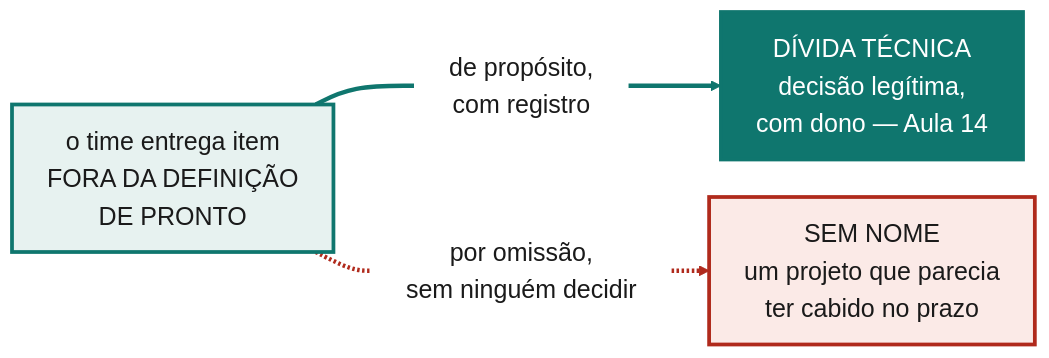
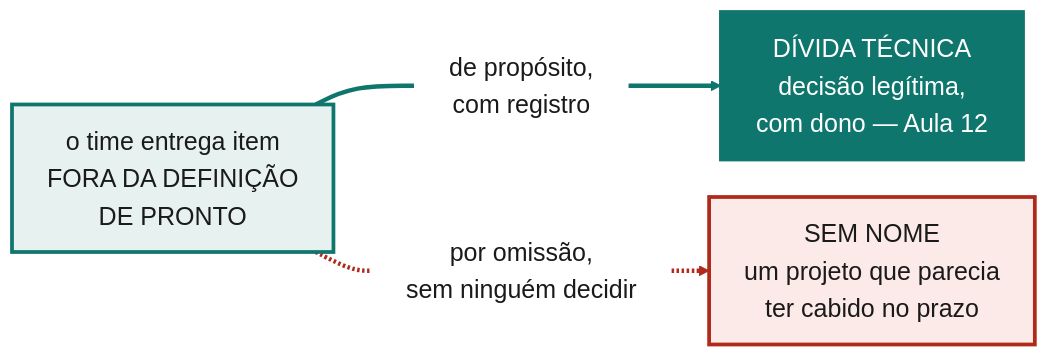
Before and after one commit to jreluiz/curso-projeto-software: the diagram in bloco-2-metodologias-de-gestao/aula-07-quem-responde-pelo-que/apresentacao/img/divida-ou-omissao.mmd, drawn with Mermaid. The commit also changed 105 other files, not shown here.

```diff
--- a/bloco-2-metodologias-de-gestao/aula-07-quem-responde-pelo-que/apresentacao/img/divida-ou-omissao.mmd
+++ b/bloco-2-metodologias-de-gestao/aula-07-quem-responde-pelo-que/apresentacao/img/divida-ou-omissao.mmd
@@ -1,38 +1,38 @@
 ---
 config:
   theme: base
   fontFamily: "Helvetica Neue, Helvetica, Arial, sans-serif"
   themeVariables:
     fontSize: 20px
     lineColor: "#0f766e"
     primaryColor: "#e7f2f0"
     primaryTextColor: "#1a1a1a"
     primaryBorderColor: "#0f766e"
     edgeLabelBackground: "#fdfdfb"
   flowchart:
     nodeSpacing: 30
     rankSpacing: 30
     padding: 14
     wrappingWidth: 600
 ---
 flowchart LR
     Q["o time entrega item<br/>FORA DA DEFINIÇÃO<br/>DE PRONTO"]
-    DT["DÍVIDA TÉCNICA<br/>decisão legítima,<br/>com dono — Aula 14"]
+    DT["DÍVIDA TÉCNICA<br/>decisão legítima,<br/>com dono — Aula 12"]
     SN["SEM NOME<br/>um projeto que parecia<br/>ter cabido no prazo"]
 
     R1["de propósito,<br/>com registro"]
     R2["por omissão,<br/>sem ninguém decidir"]
 
     Q --- R1 --> DT
     Q -.- R2 -.-> SN
 
     classDef ponto fill:#e7f2f0,stroke:#0f766e,stroke-width:3px,color:#1a1a1a
     classDef ok fill:#0f766e,stroke:#0f766e,stroke-width:3px,color:#ffffff
     classDef nao fill:#fbeae7,stroke:#b02a1c,stroke-width:3px,color:#1a1a1a
     class Q ponto
     class DT ok
     class SN nao
     classDef rot fill:none,stroke:none,color:#1a1a1a
     class R1,R2 rot
     linkStyle 0,1 stroke:#0f766e,stroke-width:3.5px
     linkStyle 2,3 stroke:#b02a1c,stroke-width:3.5px
```
